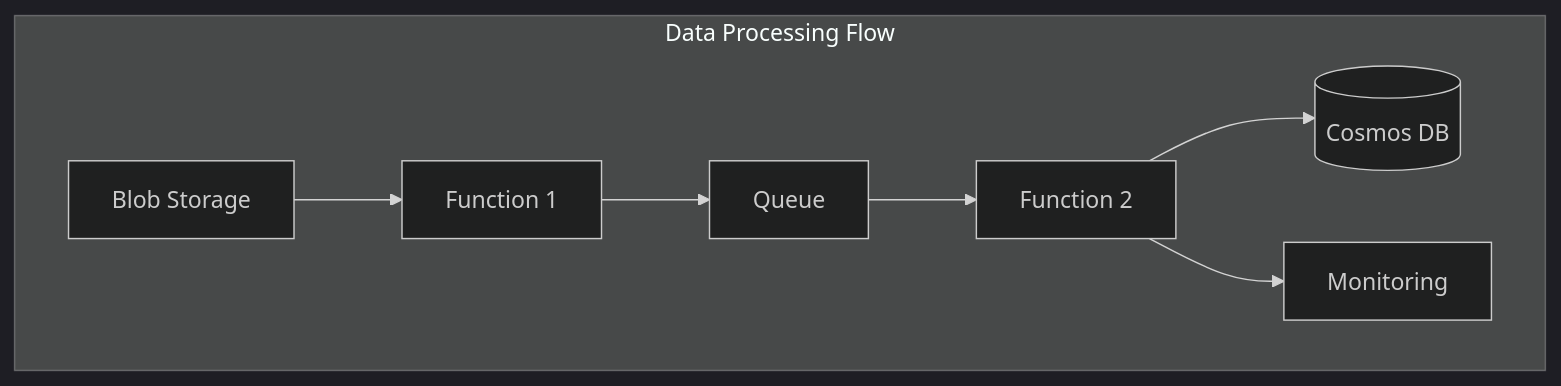
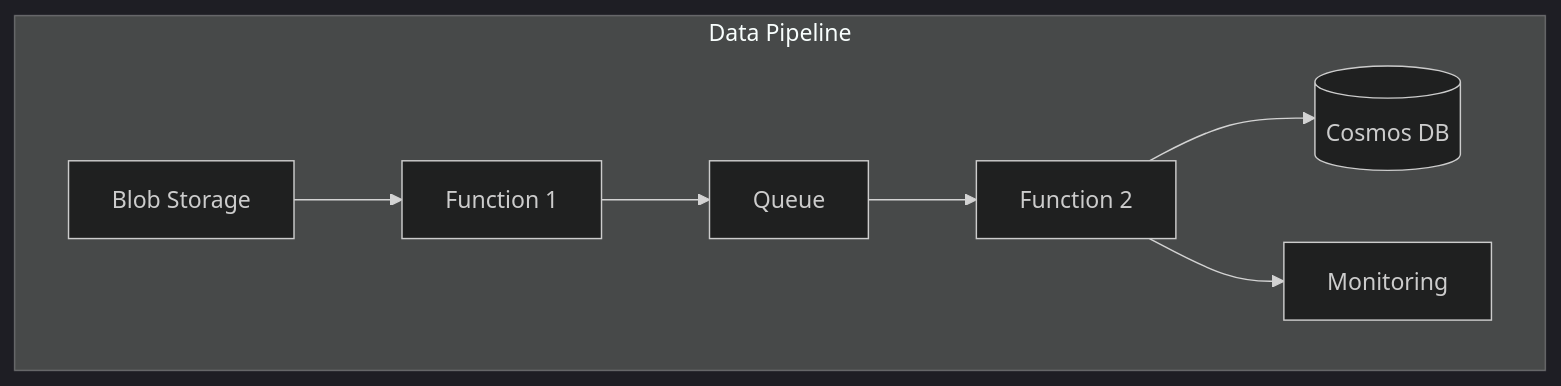
One commit to saravanakumarrc/Architecture_Journey changed the fifth of 6 diagrams in src/Serverless_Architecture_Patterns.md. Above: the diagram before and after it, drawn with Mermaid (dark theme). The commit also changed other lines of this file and 4 other files, not shown here.

First line of the commit message:
Refactor Serverless Architecture Patterns and Testing Best Practices documentation

````diff
--- a/src/Serverless_Architecture_Patterns.md
+++ b/src/Serverless_Architecture_Patterns.md
@@ -595,10 +125,10 @@
 ```mermaid
 graph TB
-    subgraph "Data Processing Flow"
+    subgraph "Data Pipeline"
         B[Blob Storage] --> F1[Function 1]
         F1 --> Q[Queue]
         Q --> F2[Function 2]
         F2 --> DB[(Cosmos DB)]
         F2 --> M[Monitoring]
     end
 ```
````
